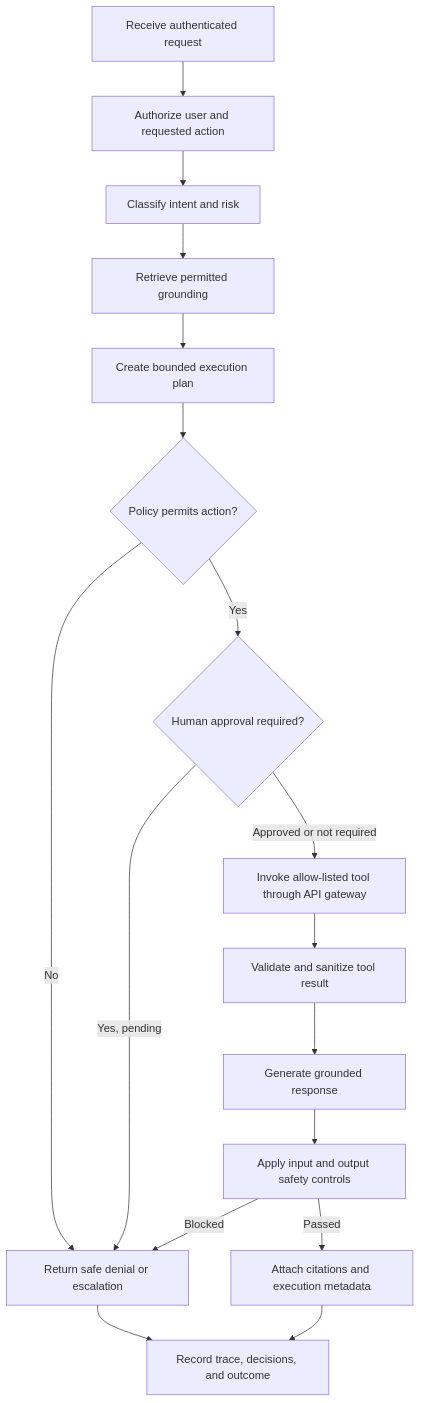
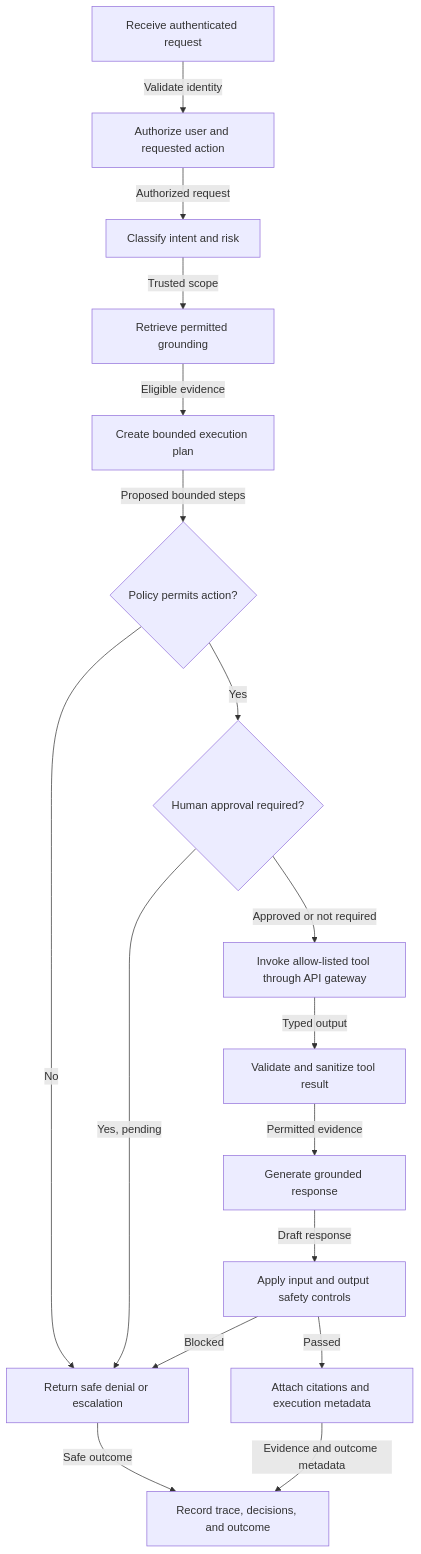
Before and after one commit to ericnagel11/elv: the third of 3 diagrams in docs/reference-architecture-standard.md, drawn with Mermaid. The commit also changed other lines of this file and 10 other files, not shown here.

````diff
--- a/docs/reference-architecture-standard.md
+++ b/docs/reference-architecture-standard.md
@@ -265,26 +344,34 @@
 ```mermaid
 flowchart TD
     request[Receive authenticated request]
     authorize[Authorize user and requested action]
     classify[Classify intent and risk]
     retrieve[Retrieve permitted grounding]
     plan[Create bounded execution plan]
     policy{Policy permits action?}
     approve{Human approval required?}
     tool[Invoke allow-listed tool through API gateway]
     validate[Validate and sanitize tool result]
     model[Generate grounded response]
     safety[Apply input and output safety controls]
     cite[Attach citations and execution metadata]
     audit[Record trace, decisions, and outcome]
     deny[Return safe denial or escalation]
 
-    request --> authorize --> classify --> retrieve --> plan --> policy
-    policy -- No --> deny --> audit
+    request -->|Validate identity| authorize
+    authorize -->|Authorized request| classify
+    classify -->|Trusted scope| retrieve
+    retrieve -->|Eligible evidence| plan
+    plan -->|Proposed bounded steps| policy
+    policy -- No --> deny
+    deny -->|Safe outcome| audit
     policy -- Yes --> approve
     approve -- Yes, pending --> deny
     approve -- Approved or not required --> tool
-    tool --> validate --> model --> safety
+    tool -->|Typed output| validate
+    validate -->|Permitted evidence| model
+    model -->|Draft response| safety
     safety -- Blocked --> deny
-    safety -- Passed --> cite --> audit
+    safety -- Passed --> cite
+    cite -->|Evidence and outcome metadata| audit
 ```
````
